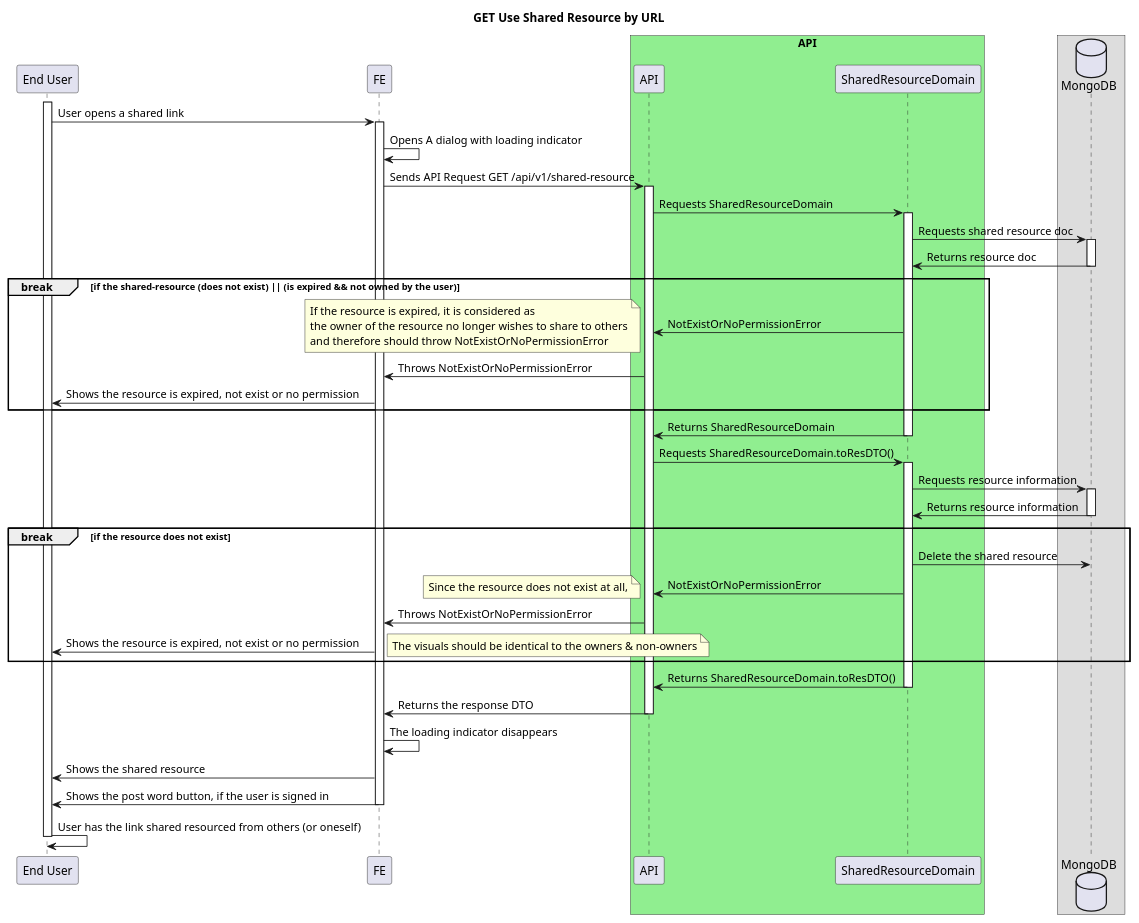
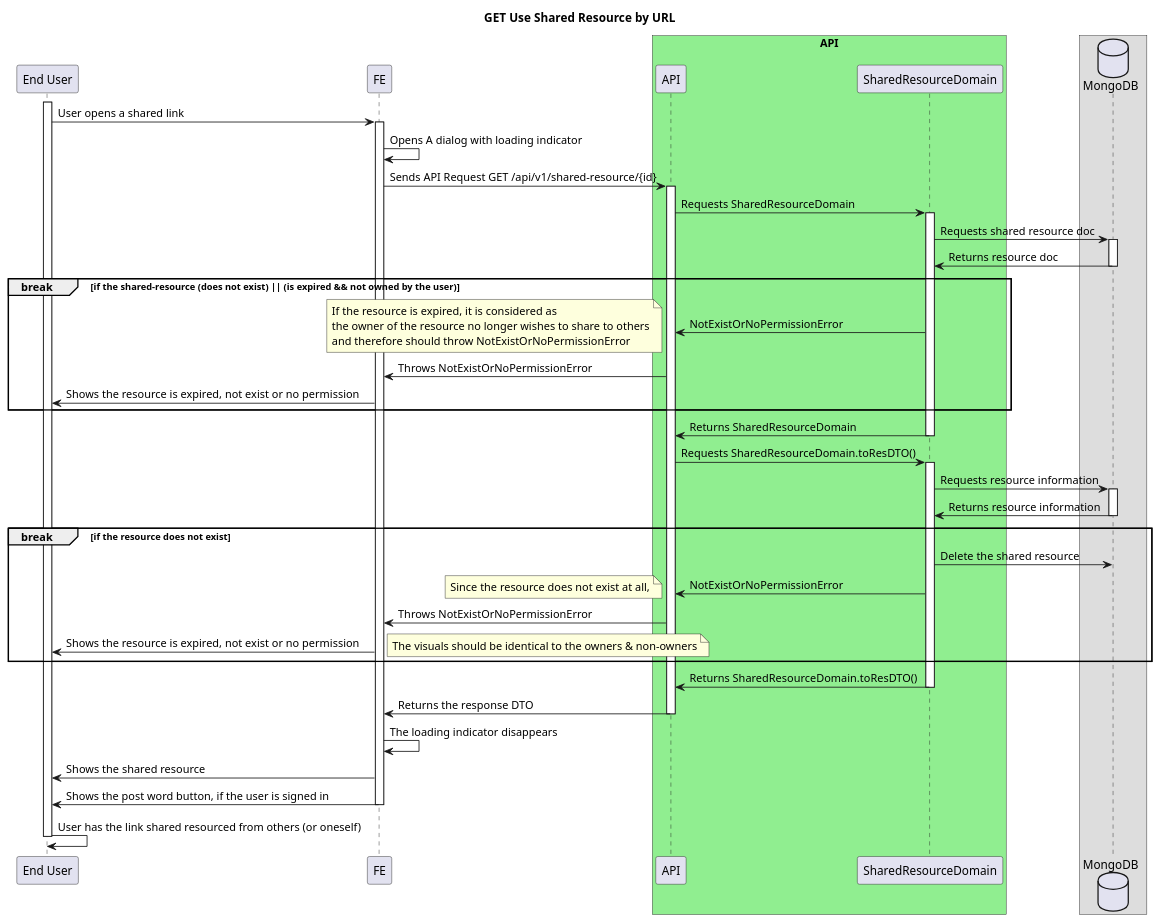
Before and after one commit to ajktown/docs: the diagram in dev/diagrams/on-get-shared-resource-by-url.md, drawn with PlantUML.

````diff
--- a/dev/diagrams/on-get-shared-resource-by-url.md
+++ b/dev/diagrams/on-get-shared-resource-by-url.md
@@ -22,69 +22,69 @@
 ```plantuml
 
 @startuml
 
 title GET Use Shared Resource by URL
 
 participant "End User" as user
 participant "FE" as fe
 box "API" #Lightgreen
   participant "API" as api
   participant "SharedResourceDomain" as domain
 box
 database "MongoDB" as db
 
 activate user
   user -> fe: User opens a shared link
   activate fe
     fe -> fe: Opens A dialog with loading indicator
-    fe -> api: Sends API Request GET /api/v1/shared-resource
+    fe -> api: Sends API Request GET /api/v1/shared-resource/{id}
     activate api
       api -> domain: Requests SharedResourceDomain
       activate domain
         domain -> db: Requests shared resource doc
         activate db
           domain <- db: Returns resource doc
         deactivate db
         break if the shared-resource (does not exist) || (is expired && not owned by the user)
           api <- domain: NotExistOrNoPermissionError
           note left
             If the resource is expired, it is considered as
             the owner of the resource no longer wishes to share to others
             and therefore should throw NotExistOrNoPermissionError
           end note
           fe <- api: Throws NotExistOrNoPermissionError
           user <- fe : Shows the resource is expired, not exist or no permission
         end break
         api <- domain: Returns SharedResourceDomain
         deactivate domain
         api -> domain: Requests SharedResourceDomain.toResDTO()
           activate domain
             domain -> db: Requests resource information
             activate db
               domain <- db: Returns resource information
             deactivate db
             break if the resource does not exist
               domain -> db: Delete the shared resource
               api <- domain: NotExistOrNoPermissionError
               note left
                 Since the resource does not exist at all,
               end note
               fe <- api: Throws NotExistOrNoPermissionError
               user <- fe : Shows the resource is expired, not exist or no permission
               note right
                 The visuals should be identical to the owners & non-owners
               end note
             end break
             api <- domain: Returns SharedResourceDomain.toResDTO()
           deactivate domain
         fe <- api: Returns the response DTO
     deactivate api
   fe -> fe: The loading indicator disappears
   user <- fe: Shows the shared resource
   user <- fe: Shows the post word button, if the user is signed in
   deactivate fe
   user -> user: User has the link shared resourced from others (or oneself)
 deactivate user
 
 
 ```
````
